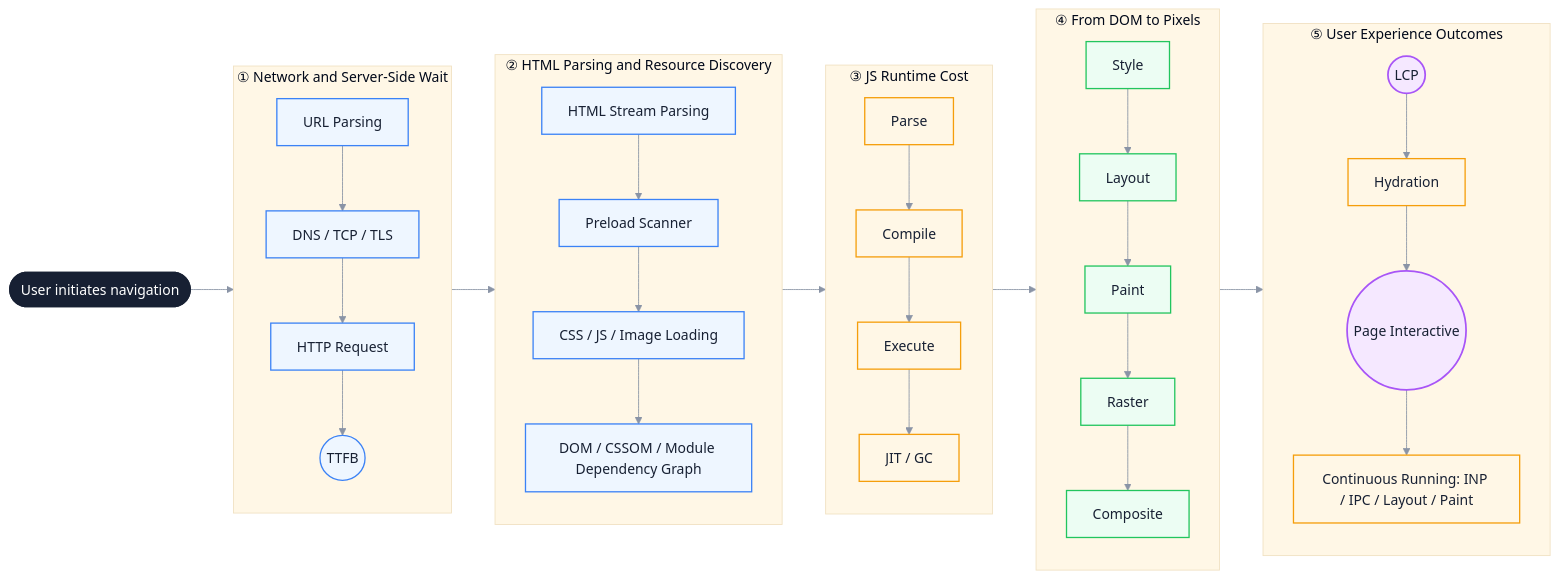
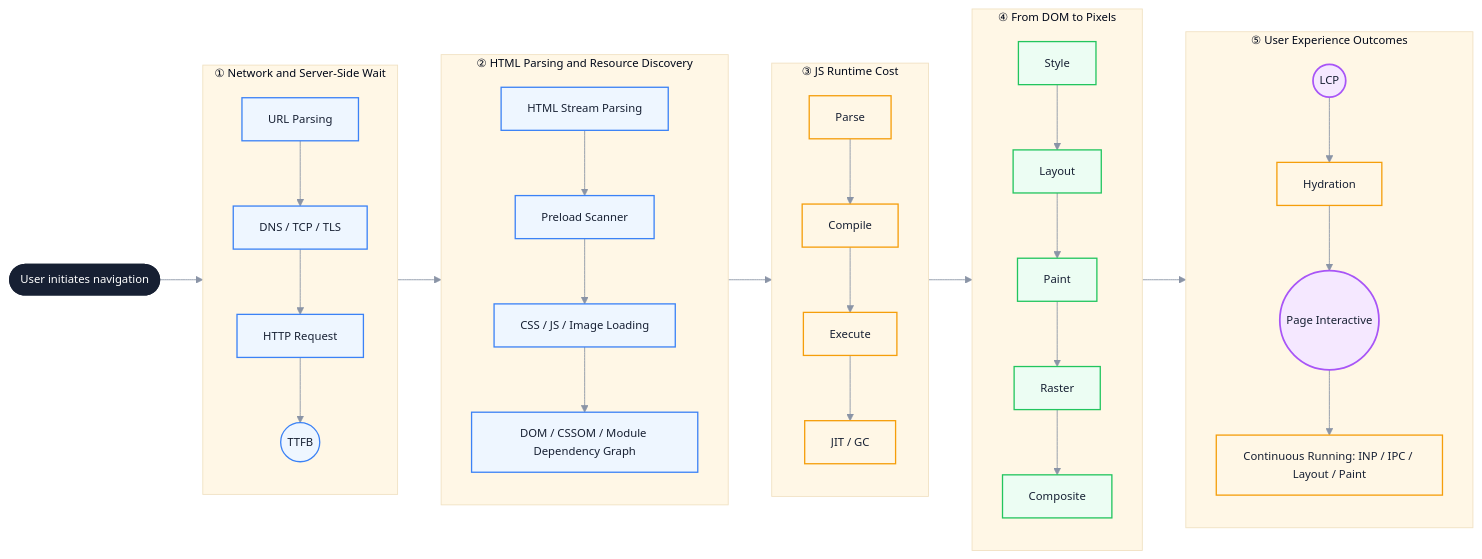
The first of 3 diagrams in docs/en/performance/critical-path.md (Fatejian/frontier-vault), drawn with Mermaid before and after one commit. The commit also changed other lines of this file and 37 other files, not shown here.

````diff
--- a/docs/en/performance/critical-path.md
+++ b/docs/en/performance/critical-path.md
@@ -70,66 +70,66 @@
 ```mermaid
-%%{init: {'theme': 'base', 'themeVariables': { 'fontFamily': 'Inter, PingFang SC, Microsoft YaHei, sans-serif', 'primaryColor': '#EEF6FF', 'primaryTextColor': '#172033', 'primaryBorderColor': '#6EA8FE', 'lineColor': '#8A94A6', 'secondaryColor': '#F7F9FC', 'tertiaryColor': '#FFF7E6'}}}%%
+%%{init: {'theme': 'base', 'themeVariables': { 'fontFamily': 'Inter, PingFang SC, Microsoft YaHei, sans-serif', 'primaryColor': '#EEF6FF', 'fontSize': '13px', 'primaryTextColor': '#172033', 'primaryBorderColor': '#6EA8FE', 'lineColor': '#8A94A6', 'secondaryColor': '#F7F9FC', 'tertiaryColor': '#FFF7E6'}}}%%
 flowchart LR
     Start([User initiates navigation])
 
     subgraph Network["① Network and Server-Side Wait"]
         direction TB
         N1[URL Parsing]
         N2["DNS / TCP / TLS"]
         N3[HTTP Request]
         N4((TTFB))
         N1 --> N2 --> N3 --> N4
     end
 
     subgraph Discovery["② HTML Parsing and Resource Discovery"]
         direction TB
         D1[HTML Stream Parsing]
         D2[Preload Scanner]
         D3["CSS / JS / Image Loading"]
         D4["DOM / CSSOM / Module Dependency Graph"]
         D1 --> D2 --> D3 --> D4
     end
 
     subgraph Runtime["③ JS Runtime Cost"]
         direction TB
         R1[Parse]
         R2[Compile]
         R3[Execute]
         R4["JIT / GC"]
         R1 --> R2 --> R3 --> R4
     end
 
     subgraph Render["④ From DOM to Pixels"]
         direction TB
         P1[Style]
         P2[Layout]
         P3[Paint]
         P4[Raster]
         P5[Composite]
         P1 --> P2 --> P3 --> P4 --> P5
     end
 
     subgraph Experience["⑤ User Experience Outcomes"]
         direction TB
         E1((LCP))
         E2[Hydration]
         E3((Page Interactive))
         E4["Continuous Running: INP / IPC / Layout / Paint"]
         E1 --> E2 --> E3 --> E4
     end
 
     Start --> Network --> Discovery --> Runtime --> Render --> Experience
 
     classDef start fill:#172033,color:#fff,stroke:#172033,stroke-width:2px;
     classDef wait fill:#EEF6FF,stroke:#3B82F6,color:#172033,stroke-width:1.5px;
     classDef block fill:#FFF7E6,stroke:#F59E0B,color:#172033,stroke-width:1.5px;
     classDef work fill:#ECFDF3,stroke:#22C55E,color:#172033,stroke-width:1.5px;
     classDef metric fill:#F5E8FF,stroke:#A855F7,color:#172033,stroke-width:2px;
 
     class Start start;
     class N1,N2,N3,N4,D1,D2,D3,D4 wait;
     class R1,R2,R3,R4 block;
     class P1,P2,P3,P4,P5 work;
     class E1,E3 metric;
     class E2,E4 block;
 ```
````
